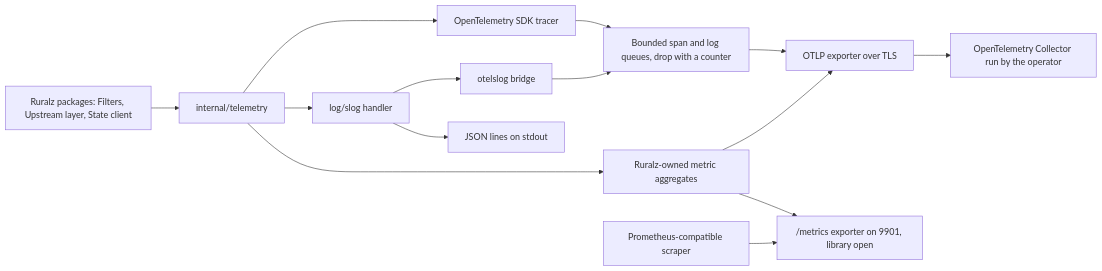
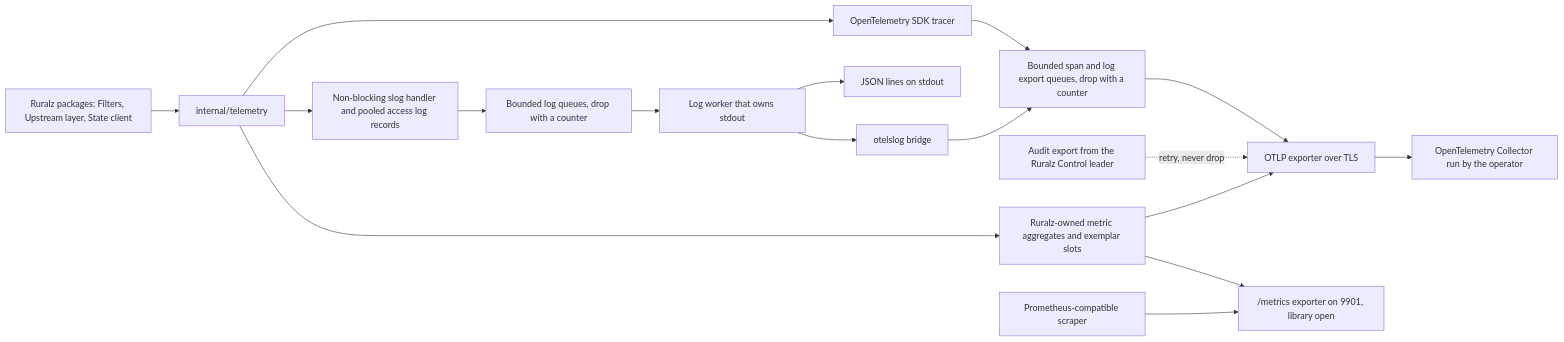
The diagram in docs/adr/0010-telemetry-opentelemetry-first.md (ravindu-rev/ruralz), drawn with Mermaid before and after one commit. The commit also changed other lines of this file and 3 other files, not shown here.

````diff
--- a/docs/adr/0010-telemetry-opentelemetry-first.md
+++ b/docs/adr/0010-telemetry-opentelemetry-first.md
@@ -57,28 +62,34 @@
 ```mermaid
 flowchart LR
   code["Ruralz packages: Filters, Upstream layer, State client"]
   tel["internal/telemetry"]
-  agg["Ruralz-owned metric aggregates"]
+  agg["Ruralz-owned metric aggregates and exemplar slots"]
   trc["OpenTelemetry SDK tracer"]
-  slog["log/slog handler"]
+  slog["Non-blocking slog handler and pooled access log records"]
+  lq["Bounded log queues, drop with a counter"]
+  wrk["Log worker that owns stdout"]
+  out["JSON lines on stdout"]
   br["otelslog bridge"]
-  q["Bounded span and log queues, drop with a counter"]
+  sq["Bounded span and log export queues, drop with a counter"]
+  aud["Audit export from the Ruralz Control leader"]
   otlp["OTLP exporter over TLS"]
   prom["/metrics exporter on 9901, library open"]
-  out["JSON lines on stdout"]
   col["OpenTelemetry Collector run by the operator"]
   scr["Prometheus-compatible scraper"]
   code --> tel
   tel --> agg
   tel --> trc
   tel --> slog
-  slog --> out
-  slog --> br
-  trc --> q
-  br --> q
-  q --> otlp
+  slog --> lq
+  lq --> wrk
+  wrk --> out
+  wrk --> br
+  trc --> sq
+  br --> sq
+  sq --> otlp
+  aud -.->|"retry, never drop"| otlp
   agg --> otlp
   agg --> prom
   otlp --> col
   scr --> prom
 ```
````
